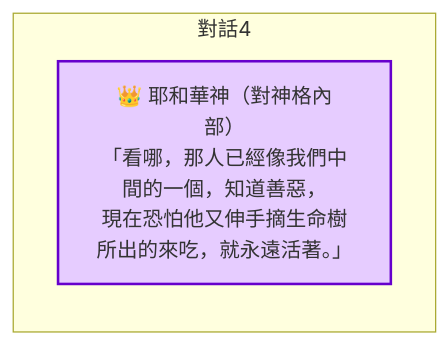
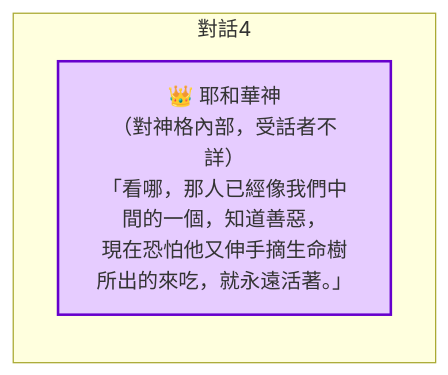
One commit to mccappsheet5804-sketch/bible-study-old-testament changed the fourth of 11 diagrams in 創世紀/第 03 章.md. Above: the diagram before and after it, drawn with Mermaid. The commit also changed other lines of this file, not shown here.

````diff
--- a/創世紀/第 03 章.md
+++ b/創世紀/第 03 章.md
@@ -99,8 +124,8 @@
 ```mermaid
 flowchart LR
     subgraph 對話4
-        G4[👑 耶和華神（對神格內部）<br>「看哪，那人已經像我們中間的一個，知道善惡，<br>現在恐怕他又伸手摘生命樹所出的來吃，就永遠活著。」]
+        G4[👑 耶和華神<br>（對神格內部，受話者不詳）<br>「看哪，那人已經像我們中間的一個，知道善惡，<br>現在恐怕他又伸手摘生命樹所出的來吃，就永遠活著。」]
     end
     
     style G4 fill:#e6ccff,stroke:#6600cc,stroke-width:2px
 ```
````
